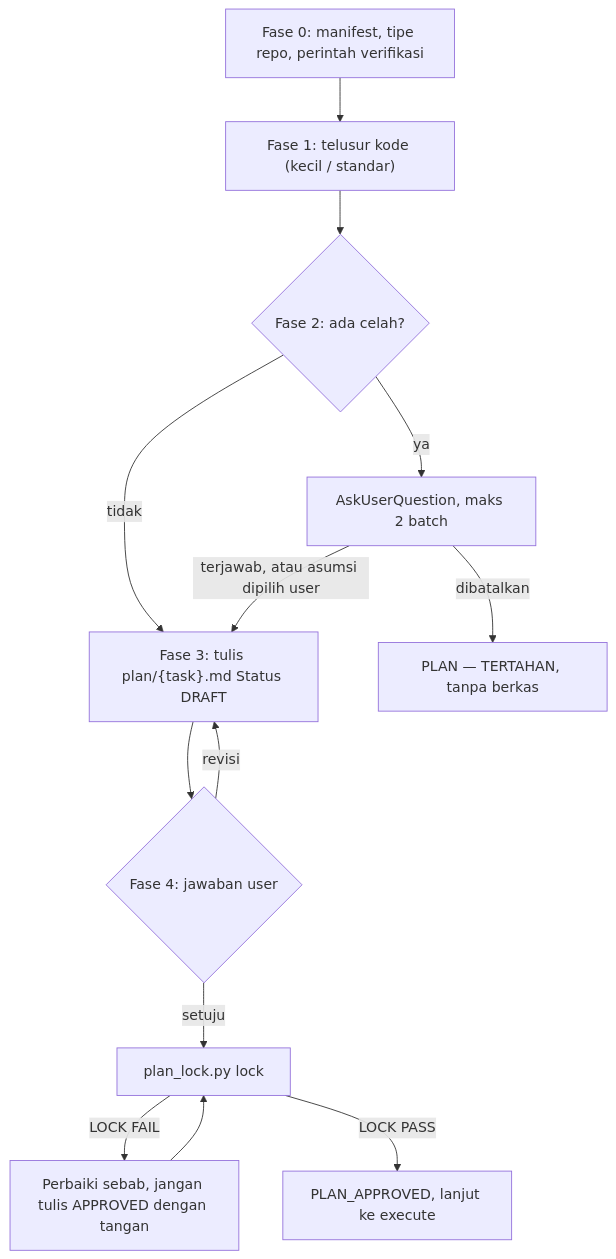
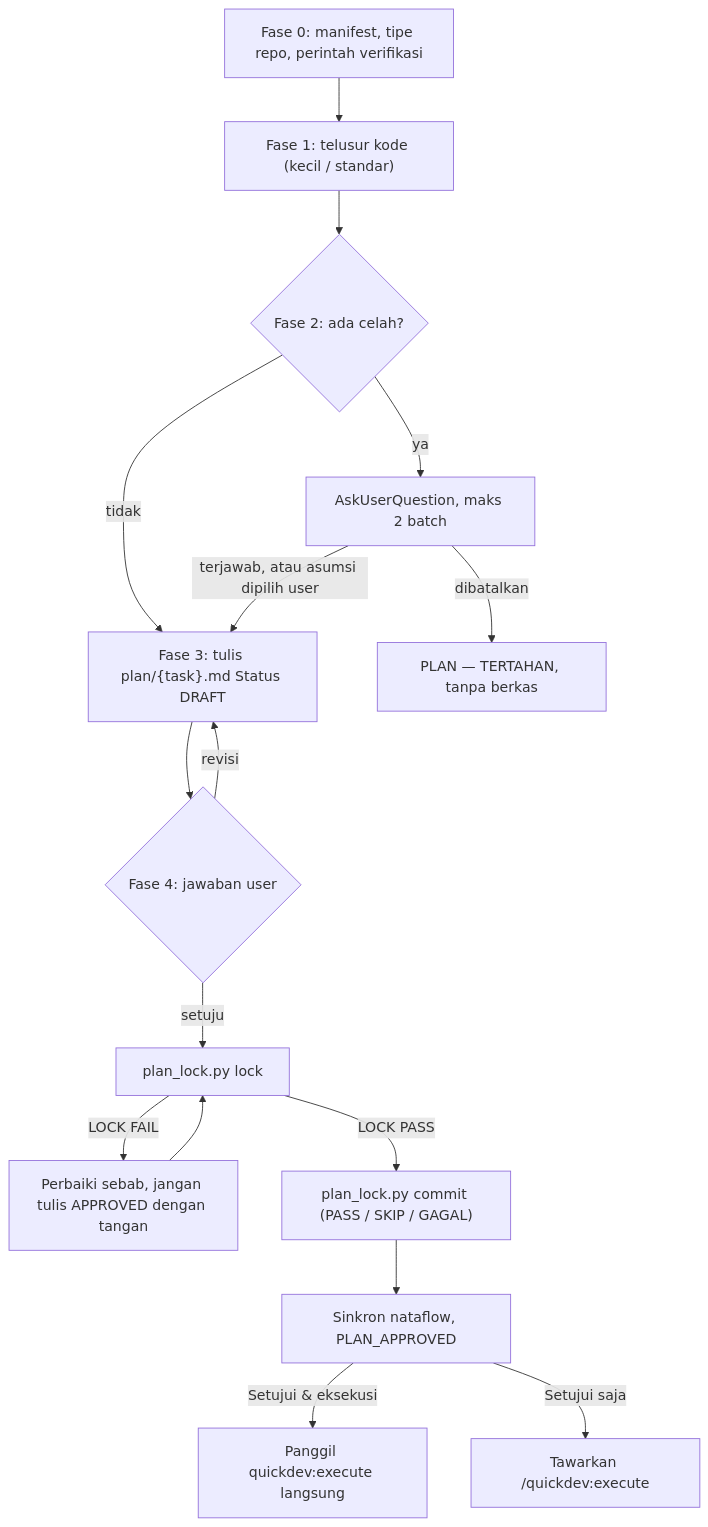
Before and after one commit to nataflow/agentic-workflow: the second of 6 diagrams in flow/quickdev.md, drawn with Mermaid. The commit also changed other lines of this file and 3 other files, not shown here.

Commit message:
docs(quickdev): flow, README, CLAUDE.md, dan migrasi 0.13.0 untuk alur berantai dan commit rencana (39)

````diff
--- a/flow/quickdev.md
+++ b/flow/quickdev.md
@@ -86,15 +88,18 @@
 ```mermaid
 flowchart TD
     P0["Fase 0: manifest, tipe repo, perintah verifikasi"] --> P1["Fase 1: telusur kode (kecil / standar)"]
     P1 --> P2{"Fase 2: ada celah?"}
     P2 -->|tidak| P3["Fase 3: tulis plan/{task}.md Status DRAFT"]
     P2 -->|ya| Q["AskUserQuestion, maks 2 batch"]
     Q -->|"terjawab, atau asumsi dipilih user"| P3
     Q -->|"dibatalkan"| TH["PLAN — TERTAHAN, tanpa berkas"]
     P3 --> P4{"Fase 4: jawaban user"}
     P4 -->|revisi| P3
     P4 -->|setuju| LK["plan_lock.py lock"]
     LK -->|"LOCK FAIL"| FIX["Perbaiki sebab, jangan tulis APPROVED dengan tangan"]
     FIX --> LK
-    LK -->|"LOCK PASS"| OK["PLAN_APPROVED, lanjut ke execute"]
+    LK -->|"LOCK PASS"| CM["plan_lock.py commit (PASS / SKIP / GAGAL)"]
+    CM --> SY["Sinkron nataflow, PLAN_APPROVED"]
+    SY -->|"Setujui & eksekusi"| OK["Panggil quickdev:execute langsung"]
+    SY -->|"Setujui saja"| OF["Tawarkan /quickdev:execute"]
 ```
````
